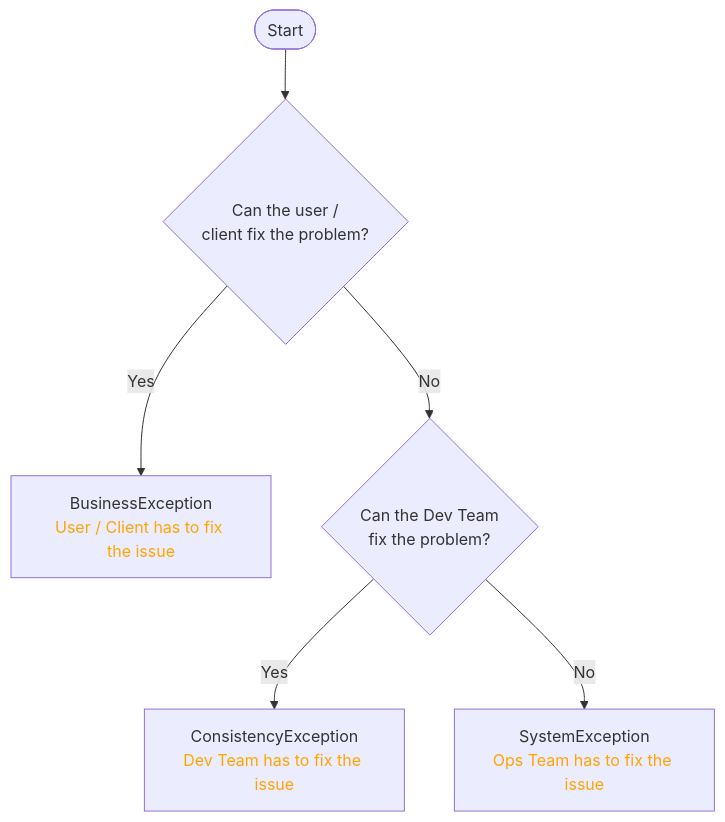
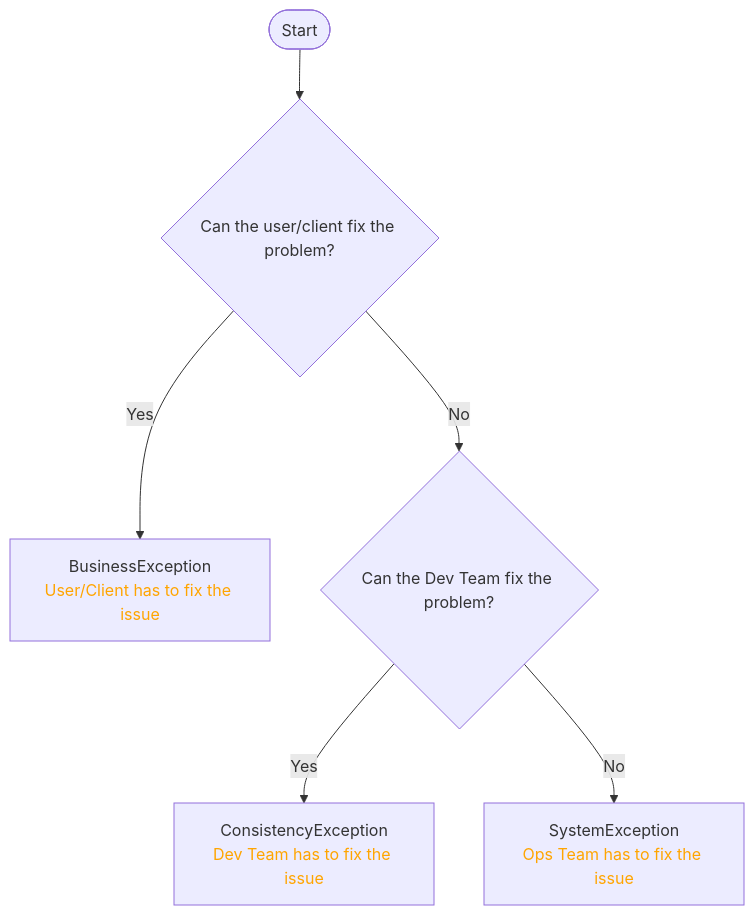
The second of 2 diagrams in examples/three-types-of-exception/README.md (mariusreusch/stammtisch-logik), drawn with Mermaid before and after one commit. The commit also changed other lines of this file, not shown here.

````diff
--- a/examples/three-types-of-exception/README.md
+++ b/examples/three-types-of-exception/README.md
@@ -3,9 +77,8 @@
-```mermaid
+``` mermaid
 flowchart TD
-    A([Start]) --> B{Can the user /\n client fix the problem?}
-    B -- Yes --> C[BusinessException<br><span style="color:orange">User / Client has to fix the issue</span>]
-    B -- No --> D{Can the Dev Team\n fix the problem?}
+    A([Start]) --> B{Can the user/client fix the problem?}
+    B -- Yes --> C[BusinessException<br><span style="color:orange">User/Client has to fix the issue</span>]
+    B -- No --> D{Can the Dev Team fix the problem?}
     D -- Yes --> E[ConsistencyException<br><span style="color:orange">Dev Team has to fix the issue</span>]
     D -- No --> F[SystemException<br><span style="color:orange">Ops Team has to fix the issue</span>]
-
 ```
````
